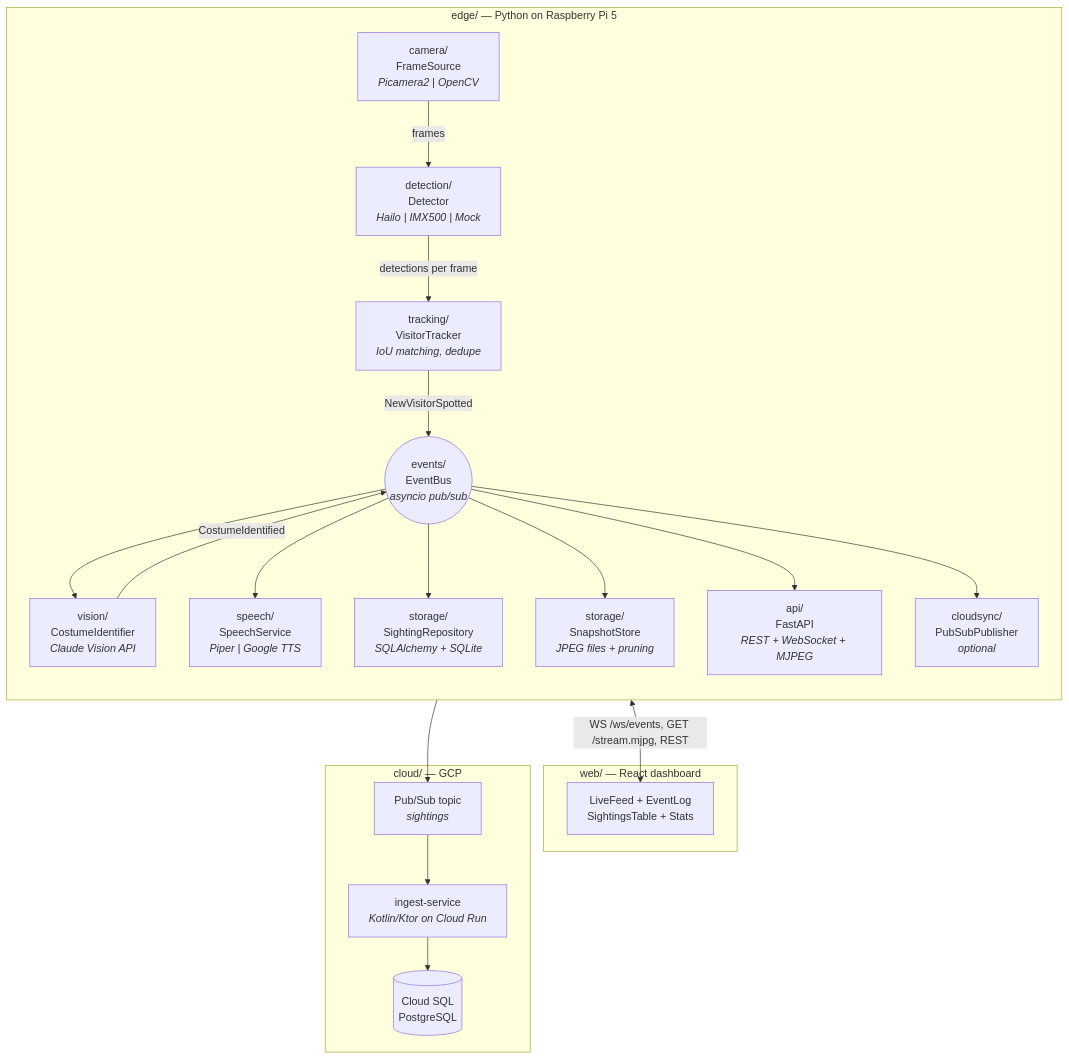
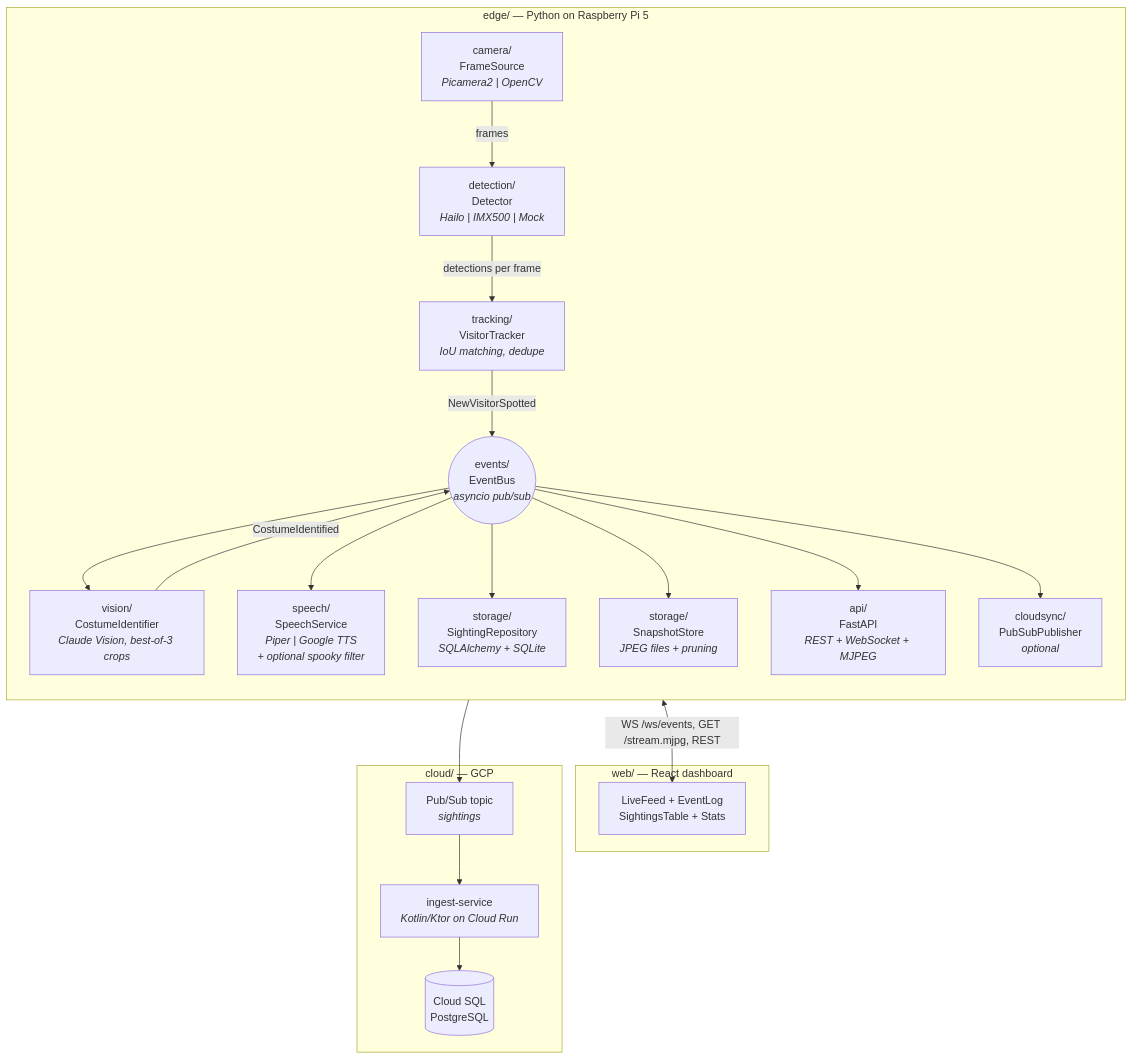
Before and after one commit to rwaggoner/pi-costume-spotter: the first of 5 diagrams in docs/architecture.md, drawn with Mermaid. The commit also changed other lines of this file and 1 other file, not shown here.

First line of the commit message:
docs: refresh architecture + README for this session's design changes

````diff
--- a/docs/architecture.md
+++ b/docs/architecture.md
@@ -26,40 +26,40 @@
 ```mermaid
 flowchart TB
     subgraph edge["edge/ — Python on Raspberry Pi 5"]
         direction TB
         CAM["camera/<br/>FrameSource<br/><i>Picamera2 | OpenCV</i>"]
         DET["detection/<br/>Detector<br/><i>Hailo | IMX500 | Mock</i>"]
         TRK["tracking/<br/>VisitorTracker<br/><i>IoU matching, dedupe</i>"]
         BUS(("events/<br/>EventBus<br/><i>asyncio pub/sub</i>"))
-        VIS["vision/<br/>CostumeIdentifier<br/><i>Claude Vision API</i>"]
-        SPK["speech/<br/>SpeechService<br/><i>Piper | Google TTS</i>"]
+        VIS["vision/<br/>CostumeIdentifier<br/><i>Claude Vision, best-of-3 crops</i>"]
+        SPK["speech/<br/>SpeechService<br/><i>Piper | Google TTS<br/>+ optional spooky filter</i>"]
         STO["storage/<br/>SightingRepository<br/><i>SQLAlchemy + SQLite</i>"]
         SNAP["storage/<br/>SnapshotStore<br/><i>JPEG files + pruning</i>"]
         API["api/<br/>FastAPI<br/><i>REST + WebSocket + MJPEG</i>"]
         SYNC["cloudsync/<br/>PubSubPublisher<br/><i>optional</i>"]
 
         CAM -->|frames| DET
         DET -->|detections per frame| TRK
         TRK -->|NewVisitorSpotted| BUS
         BUS --> VIS
         VIS -->|CostumeIdentified| BUS
         BUS --> SPK
         BUS --> STO
         BUS --> SNAP
         BUS --> API
         BUS --> SYNC
     end
 
     subgraph web["web/ — React dashboard"]
         UI["LiveFeed + EventLog<br/>SightingsTable + Stats"]
     end
 
     subgraph gcp["cloud/ — GCP"]
         PS["Pub/Sub topic<br/><i>sightings</i>"]
         RUN["ingest-service<br/><i>Kotlin/Ktor on Cloud Run</i>"]
         SQL[("Cloud SQL<br/>PostgreSQL")]
     end
 
     API <-->|"WS /ws/events, GET /stream.mjpg, REST"| UI
     SYNC --> PS --> RUN --> SQL
 ```
````
